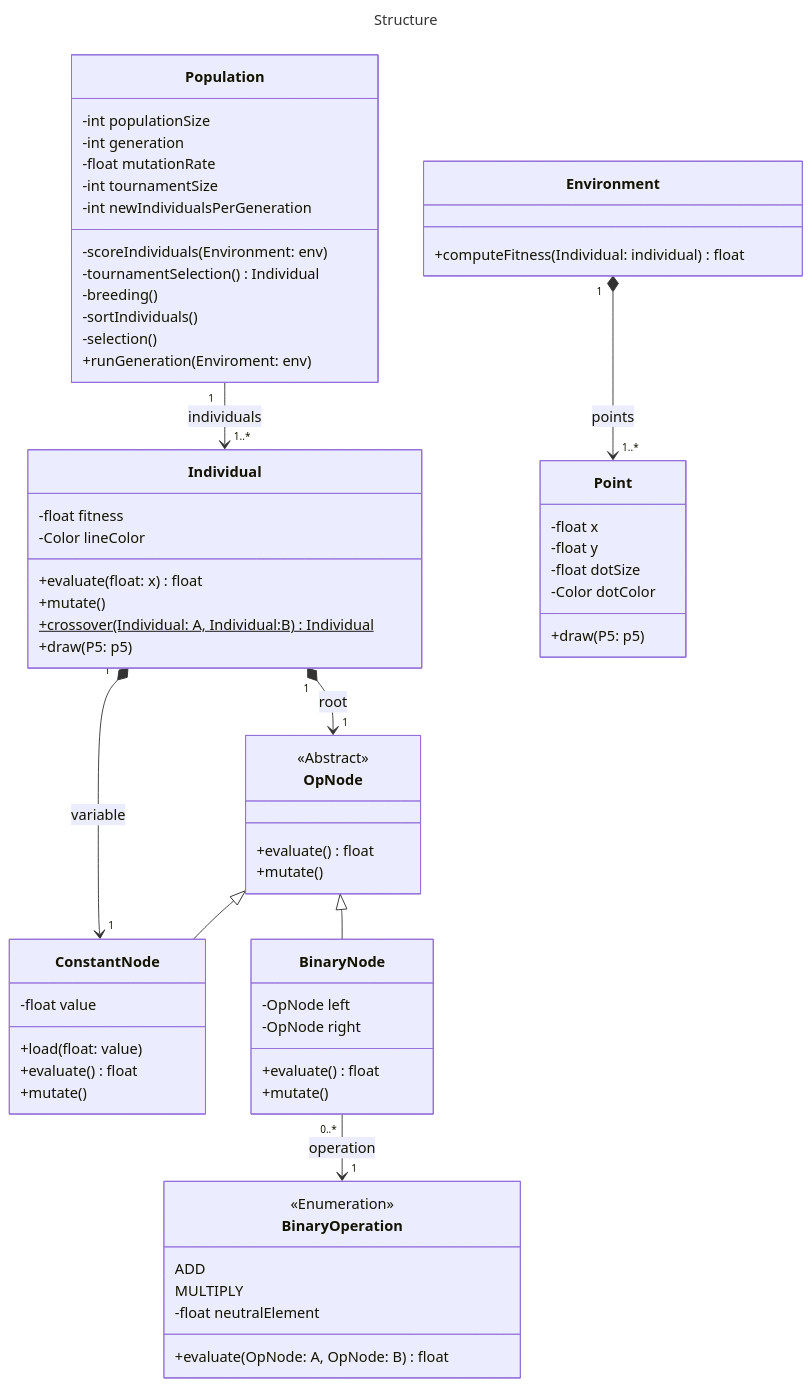
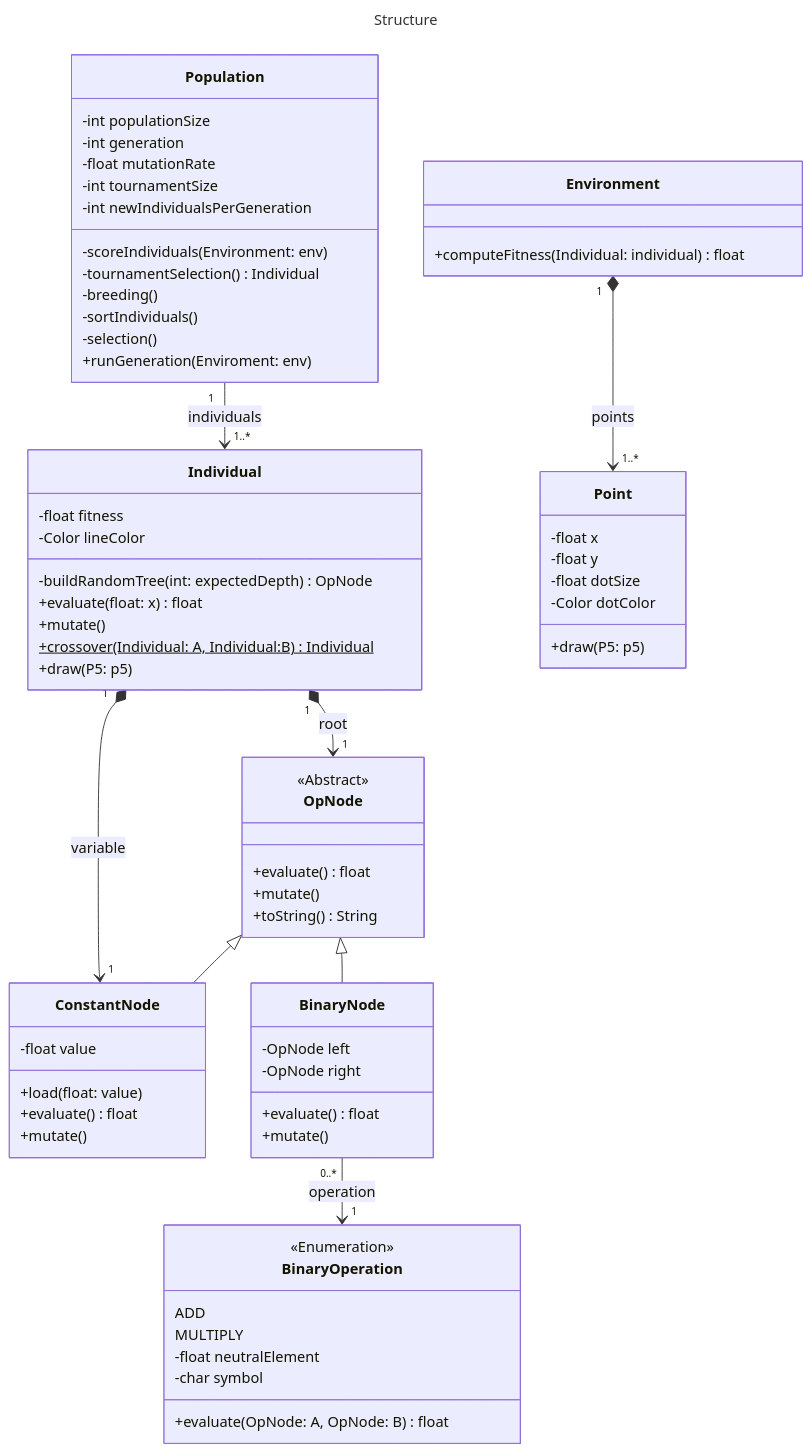
One commit to PaoloGinefra/GeneticProgrammingSimpleRegression changed the diagram in README.md. Above: the diagram before and after it, drawn with Mermaid. The commit also changed 6 other files, not shown here.

```diff
--- a/README.md
+++ b/README.md
@@ -32,6 +32,7 @@
     class Individual{
         -float fitness
         -Color lineColor
+        -buildRandomTree(int: expectedDepth) OpNode
         +evaluate(float: x) float
         +mutate()
         +crossover(Individual: A, Individual:B) Individual$
@@ -45,6 +46,7 @@
         <<Abstract>>
         +evaluate() float
         +mutate()
+        +toString() String
     }
 
     class BinaryNode{
@@ -71,6 +73,7 @@
         ADD
         MULTIPLY
         -float neutralElement
+        -char symbol
 
         +evaluate(OpNode: A, OpNode: B) float
     }
```
